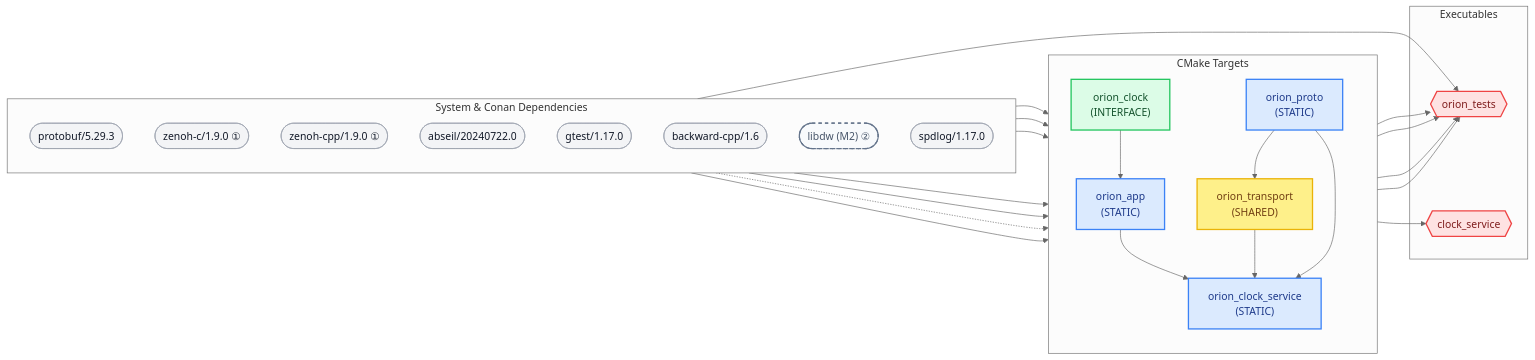
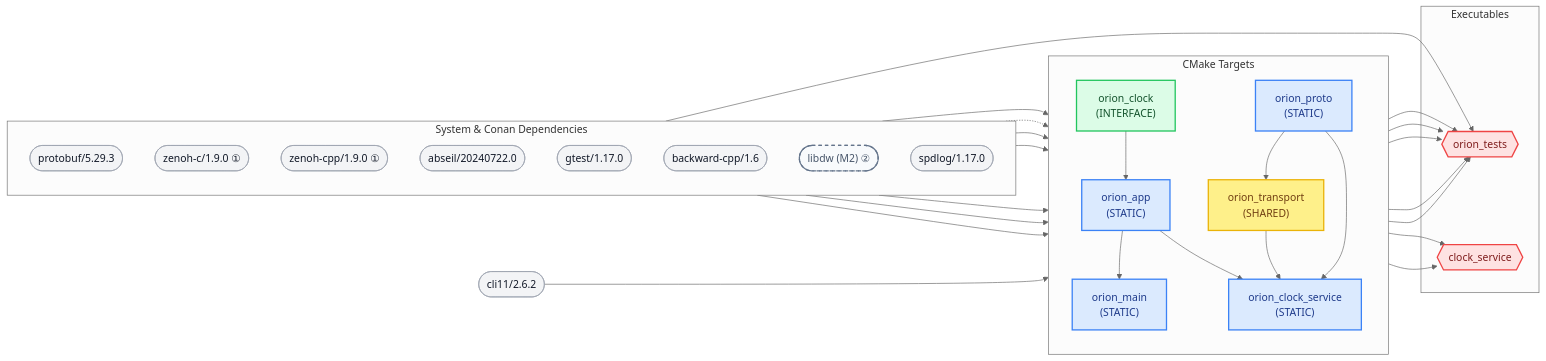
The diagram in docs/architecture.md (Unmanned-Constellation/orion), drawn with Mermaid (neutral theme) before and after one commit. The commit also changed other lines of this file and 15 other files, not shown here.

````diff
--- a/docs/architecture.md
+++ b/docs/architecture.md
@@ -9,63 +9,68 @@
 ```{mermaid}
 flowchart LR
     %% Semantic Style Definitions
     classDef external   fill:#f3f4f6,stroke:#9ca3af,stroke-width:1px,color:#111827
     classDef interface  fill:#dcfce7,stroke:#22c55e,stroke-width:2px,color:#14532d
     classDef staticLib  fill:#dbeafe,stroke:#3b82f6,stroke-width:2px,color:#1e3a8a
     classDef sharedLib  fill:#fef08a,stroke:#eab308,stroke-width:2px,color:#713f12
     classDef executable fill:#fee2e2,stroke:#ef4444,stroke-width:2px,color:#7f1d1d
     classDef planned    fill:#f8fafc,stroke:#64748b,stroke-width:2px,stroke-dasharray: 5 5,color:#475569
 
     subgraph External ["System & Conan Dependencies"]
         direction TB
         protobuf(["protobuf/5.29.3"]):::external
         zenohc(["zenoh-c/1.9.0 ①"]):::external
         zenohcpp(["zenoh-cpp/1.9.0 ①"]):::external
         abseil(["abseil/20240722.0"]):::external
         gtest(["gtest/1.17.0"]):::external
         backwardcpp(["backward-cpp/1.6"]):::external
 
         libdw(["libdw (M2) ②"]):::planned
         spdlog(["spdlog/1.17.0"]):::external
     end
 
     subgraph Modules ["CMake Targets"]
         direction TB
         orion_clock["orion_clock<br/>(INTERFACE)"]:::interface
         orion_proto["orion_proto<br/>(STATIC)"]:::staticLib
         orion_app["orion_app<br/>(STATIC)"]:::staticLib
         orion_transport["orion_transport<br/>(SHARED)"]:::sharedLib
         orion_clock_service["orion_clock_service<br/>(STATIC)"]:::staticLib
+        orion_main["orion_main<br/>(STATIC)"]:::staticLib
     end
 
     subgraph Executables ["Executables"]
         orion_tests{{"orion_tests"}}:::executable
         clock_service{{"clock_service"}}:::executable
     end
 
     %% External to Module Edges
     protobuf    --> orion_proto
     abseil      --> orion_proto
     zenohc      --> orion_transport
     zenohcpp    --> orion_transport
 
     backwardcpp --> orion_app
     libdw       -.-> orion_app
     spdlog      --> orion_app
+    cli11(["cli11/2.6.2"]):::external --> orion_main
 
     %% Internal Module Edges
     orion_proto --> orion_transport
     orion_clock --> orion_app
+    orion_app   --> orion_main
 
     %% Executable Edges
     orion_clock     --> orion_tests
     orion_app       --> orion_tests
     orion_transport --> orion_tests
     orion_proto     --> orion_tests
+    orion_main      --> orion_tests
     gtest           --> orion_tests
 
     orion_app            --> orion_clock_service
     orion_transport      --> orion_clock_service
     orion_proto          --> orion_clock_service
     orion_clock_service  --> clock_service
+    orion_main           --> clock_service
 ```
````
